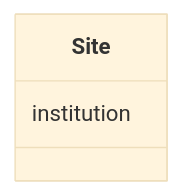
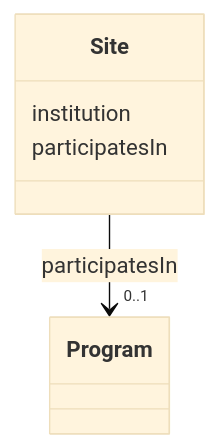
Before and after one commit to mc2-center/governanceDUO: the diagram in docs/reference/classes/Site.md, drawn with Mermaid (base theme). The commit also changed other lines of this file and 33 other files, not shown here.

````diff
--- a/docs/reference/classes/Site.md
+++ b/docs/reference/classes/Site.md
@@ -23,8 +23,19 @@
 ```mermaid
  classDiagram
     class Site
     click Site href "../../classes/Site/"
       Site : institution
         
+      Site : participatesIn
+        
+          
+    
+        
+        
+        Site --> "0..1" Program : participatesIn
+        click Program href "../../classes/Program/"
+    
+
+        
       
 ```
````
